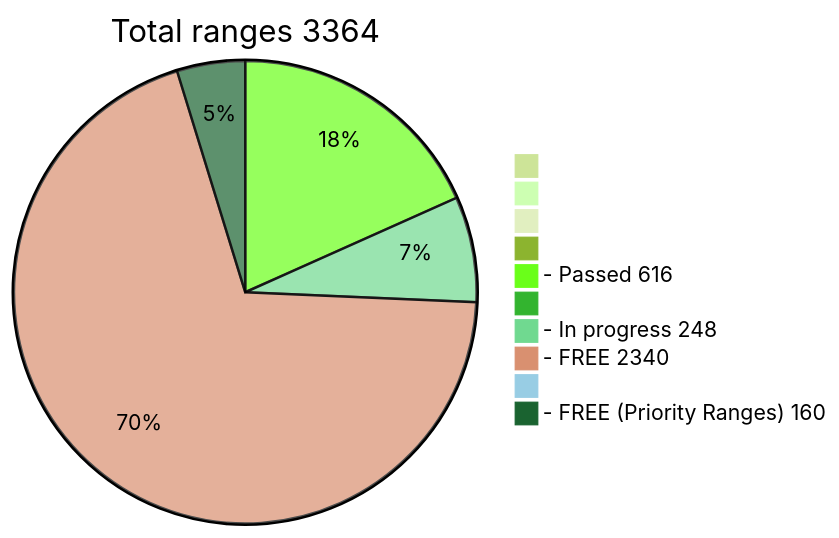
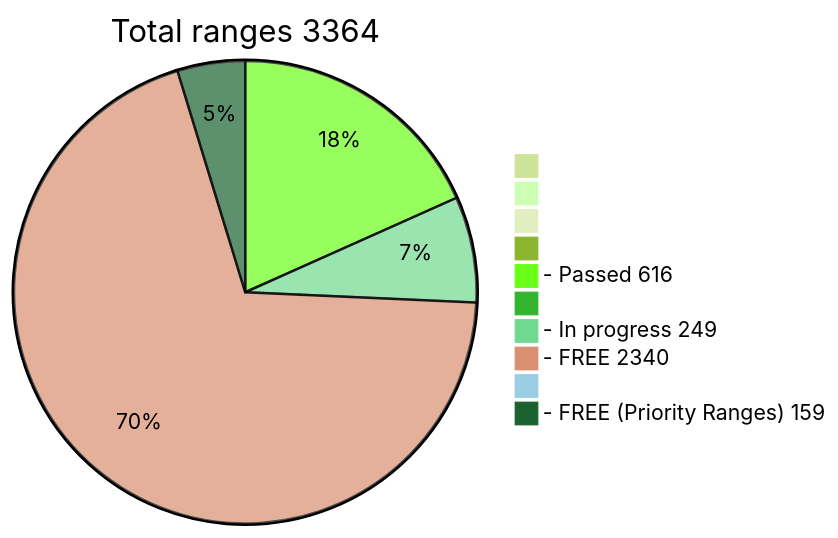
One commit to phrutis/wif500 changed the diagram in README.md. Above: the diagram before and after it, drawn with Mermaid (forest theme).

````diff
--- a/README.md
+++ b/README.md
@@ -16,13 +16,13 @@
 ```mermaid
 pie title Total ranges 3364
              " " : 0
             "  " : 0
            "   " : 0
           "    " : 0
   "- Passed 616" : 616
          "     " : 0
-  "- In progress 248" : 248
+  "- In progress 249" : 249
    "- FREE 2340" : 2340
         "      " : 0
-  "- FREE (Priority Ranges) 160" : 160
+  "- FREE (Priority Ranges) 159" : 159
 ```
````
